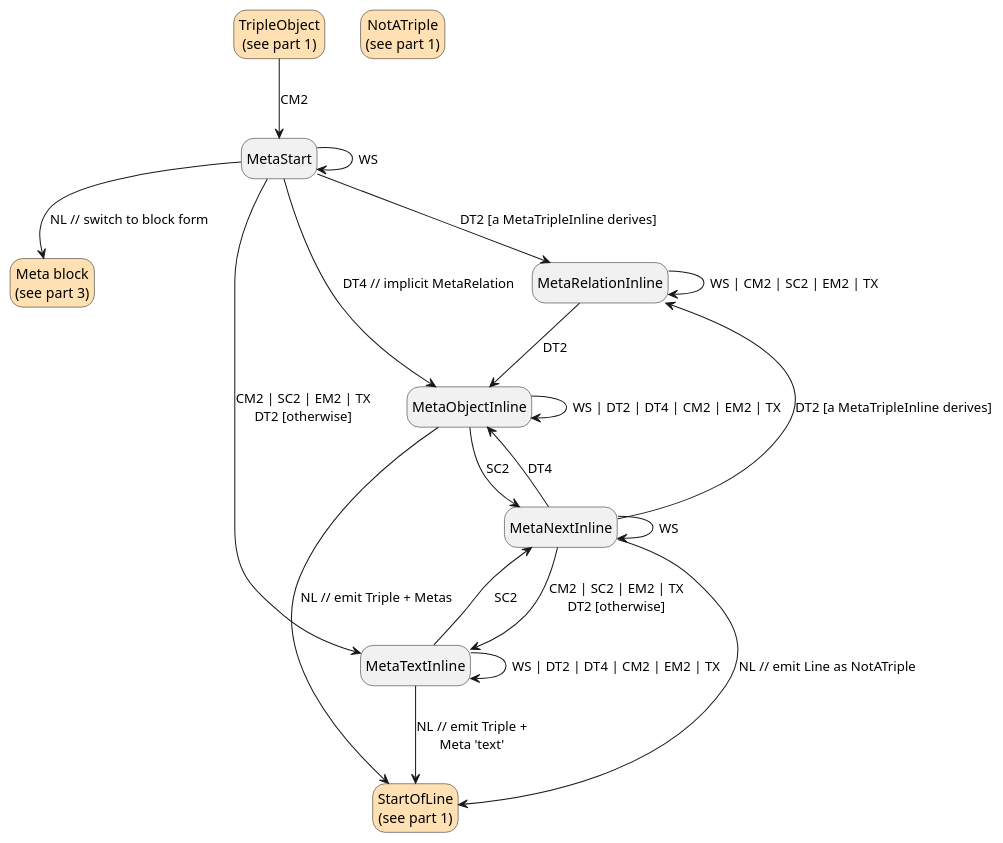
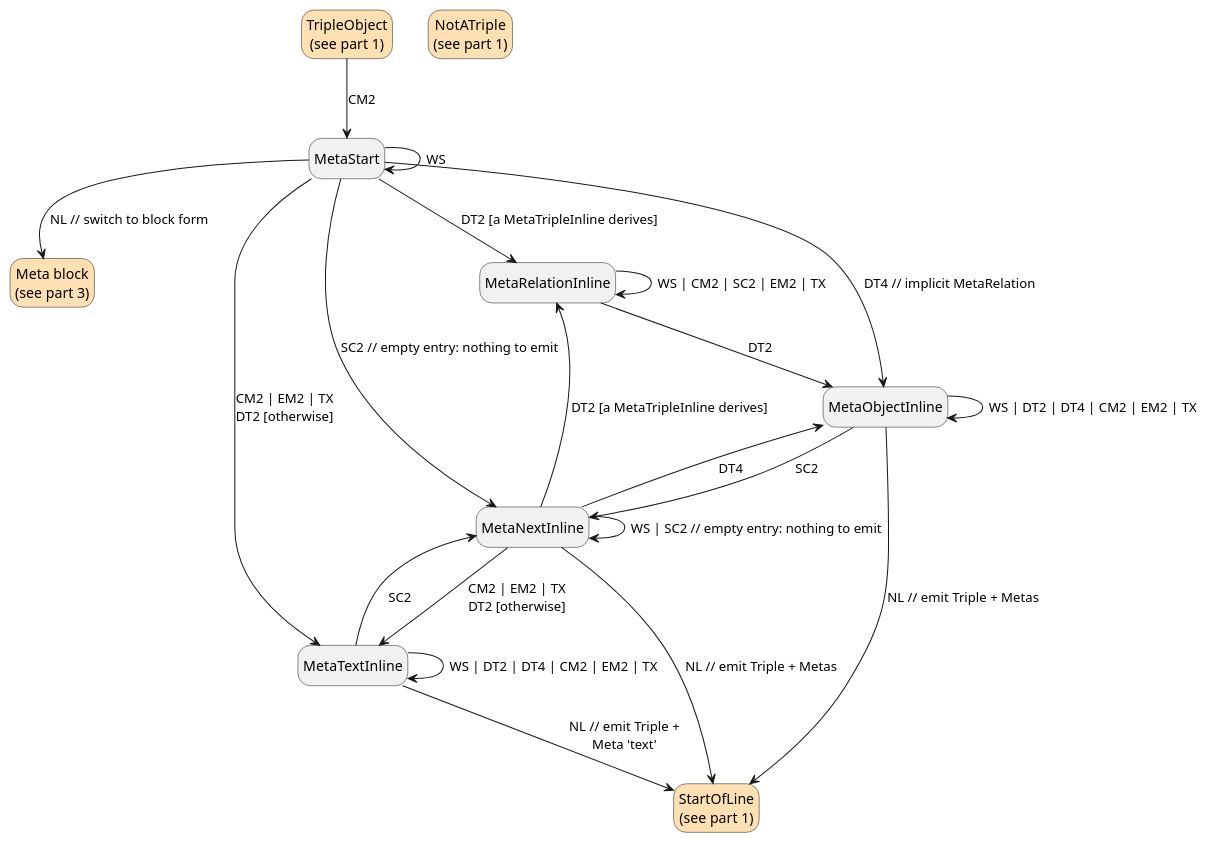
Before and after one commit to Calpano/ddot.it: the fifth of 6 diagrams in site/spec/ddot-it-parse.adoc, drawn with PlantUML. The commit also changed other lines of this file and 47 other files, not shown here.

```diff
--- a/site/spec/ddot-it-parse.adoc
+++ b/site/spec/ddot-it-parse.adoc
@@ -1435,35 +1435,36 @@
 [plantuml]
 ....
 hide empty description
 
 state "TripleObject\n(see part 1)" as TripleObject #ffe0b2
 state "StartOfLine\n(see part 1)" as StartOfLine #ffe0b2
 state "NotATriple\n(see part 1)" as NotATriple #ffe0b2
 state "Meta block\n(see part 3)" as BlockLine #ffe0b2
 
 TripleObject --> MetaStart : CM2
 
 MetaStart --> MetaStart : WS
 MetaStart --> MetaRelationInline : DT2 [a MetaTripleInline derives]
 MetaStart --> MetaObjectInline : DT4 // implicit MetaRelation
-MetaStart --> MetaTextInline : CM2 | SC2 | EM2 | TX\nDT2 [otherwise]
+MetaStart --> MetaTextInline : CM2 | EM2 | TX\nDT2 [otherwise]
+MetaStart --> MetaNextInline : SC2 // empty entry: nothing to emit
 MetaStart --> BlockLine : NL // switch to block form
 
 MetaRelationInline --> MetaRelationInline : WS | CM2 | SC2 | EM2 | TX
 MetaRelationInline --> MetaObjectInline : DT2
 
 MetaObjectInline --> MetaObjectInline : WS | DT2 | DT4 | CM2 | EM2 | TX
 MetaObjectInline --> MetaNextInline : SC2
 MetaObjectInline --> StartOfLine : NL // emit Triple + Metas
 
-MetaNextInline --> MetaNextInline : WS
+MetaNextInline --> MetaNextInline : WS | SC2 // empty entry: nothing to emit
 MetaNextInline --> MetaRelationInline : DT2 [a MetaTripleInline derives]
 MetaNextInline --> MetaObjectInline : DT4
-MetaNextInline --> MetaTextInline : CM2 | SC2 | EM2 | TX\nDT2 [otherwise]
-MetaNextInline --> StartOfLine : NL // emit Line as NotATriple
+MetaNextInline --> MetaTextInline : CM2 | EM2 | TX\nDT2 [otherwise]
+MetaNextInline --> StartOfLine : NL // emit Triple + Metas
 
 ' --- a note ends where the next entry begins: at ';;', like any entry --
 MetaTextInline --> MetaNextInline : SC2
 MetaTextInline --> MetaTextInline : WS | DT2 | DT4 | CM2 | EM2 | TX
 MetaTextInline --> StartOfLine : NL // emit Triple +\nMeta 'text'
 ....
```
